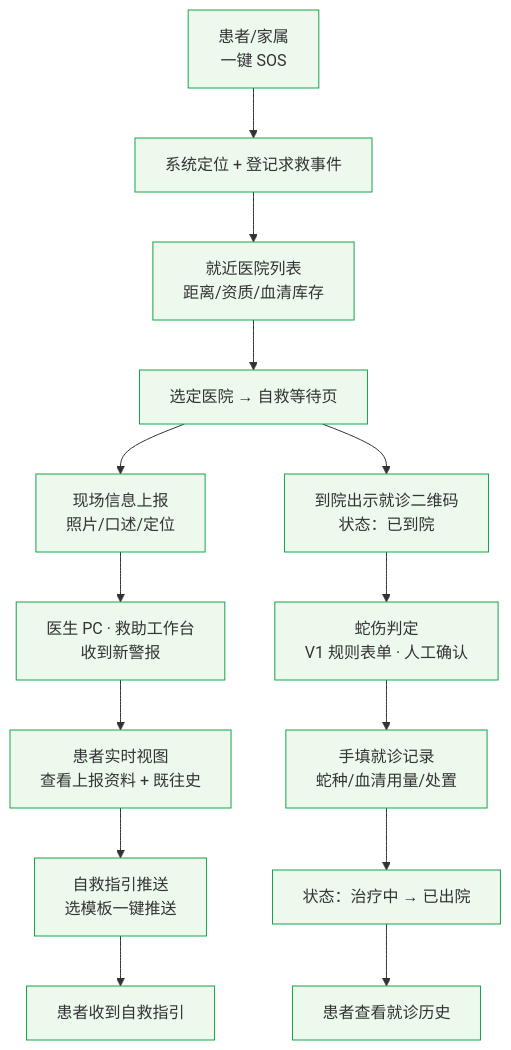
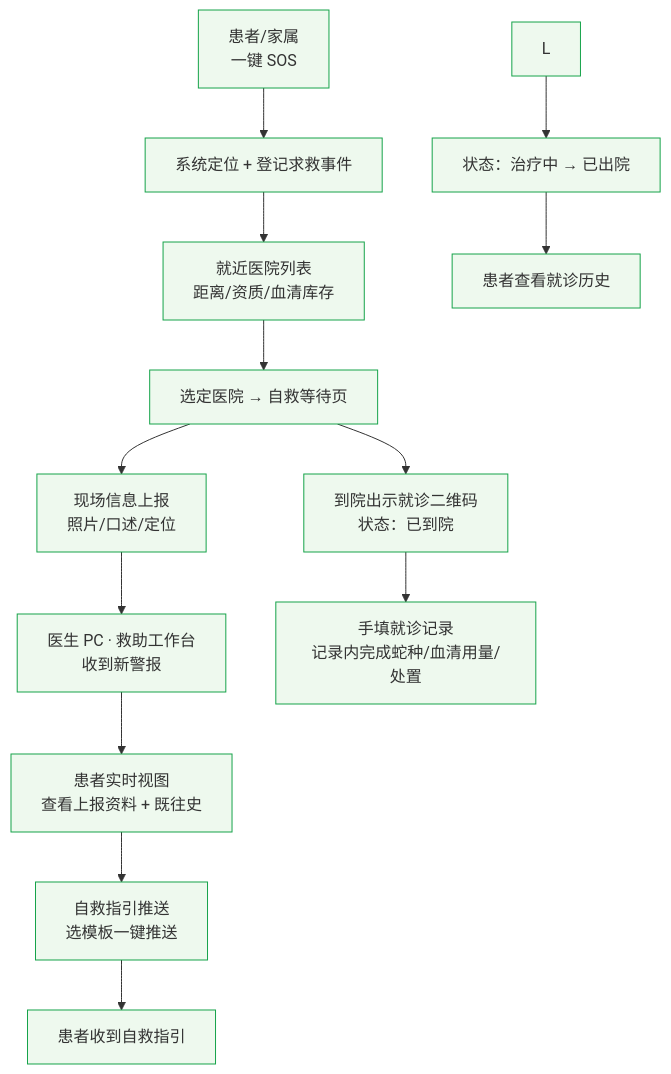
Before and after one commit to leo4wind/SheShang-prototype: the first of 6 diagrams in docs/蛇伤专病PRD-v1.1.md, drawn with Mermaid. The commit also changed other lines of this file and 14 other files, not shown here.

Commit message:
feat: refine v1 visit record flow

````diff
--- a/docs/蛇伤专病PRD-v1.1.md
+++ b/docs/蛇伤专病PRD-v1.1.md
@@ -95,19 +95,18 @@
 ```mermaid
 flowchart TD
     A[患者/家属<br/>一键 SOS] --> B[系统定位 + 登记求救事件]
     B --> C[就近医院列表<br/>距离/资质/血清库存]
     C --> D[选定医院 → 自救等待页]
     D --> E[现场信息上报<br/>照片/口述/定位]
     E --> F[医生 PC · 救助工作台<br/>收到新警报]
     F --> G[患者实时视图<br/>查看上报资料 + 既往史]
     G --> H[自救指引推送<br/>选模板一键推送]
     H --> I[患者收到自救指引]
     D --> J[到院出示就诊二维码<br/>状态：已到院]
-    J --> K[蛇伤判定<br/>V1 规则表单 · 人工确认]
-    K --> L[手填就诊记录<br/>蛇种/血清用量/处置]
+    J --> K[手填就诊记录<br/>记录内完成蛇种/血清用量/处置]
     L --> M[状态：治疗中 → 已出院]
     M --> N[患者查看就诊历史]
 
     classDef v1 fill:#eef9ee,stroke:#16a34a
     class A,B,C,D,E,F,G,H,I,J,K,L,M,N v1
 ```
````
